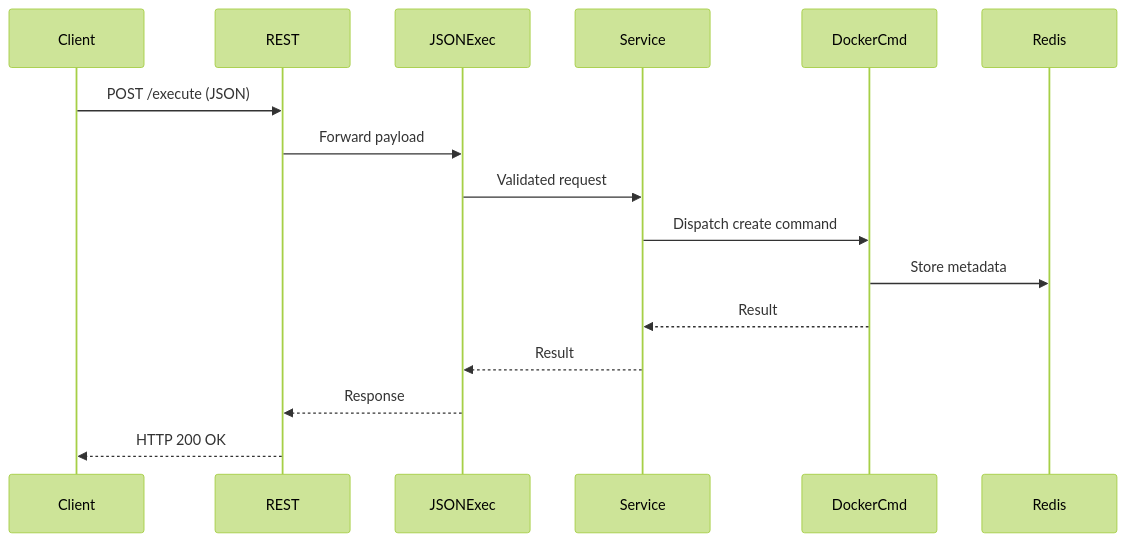
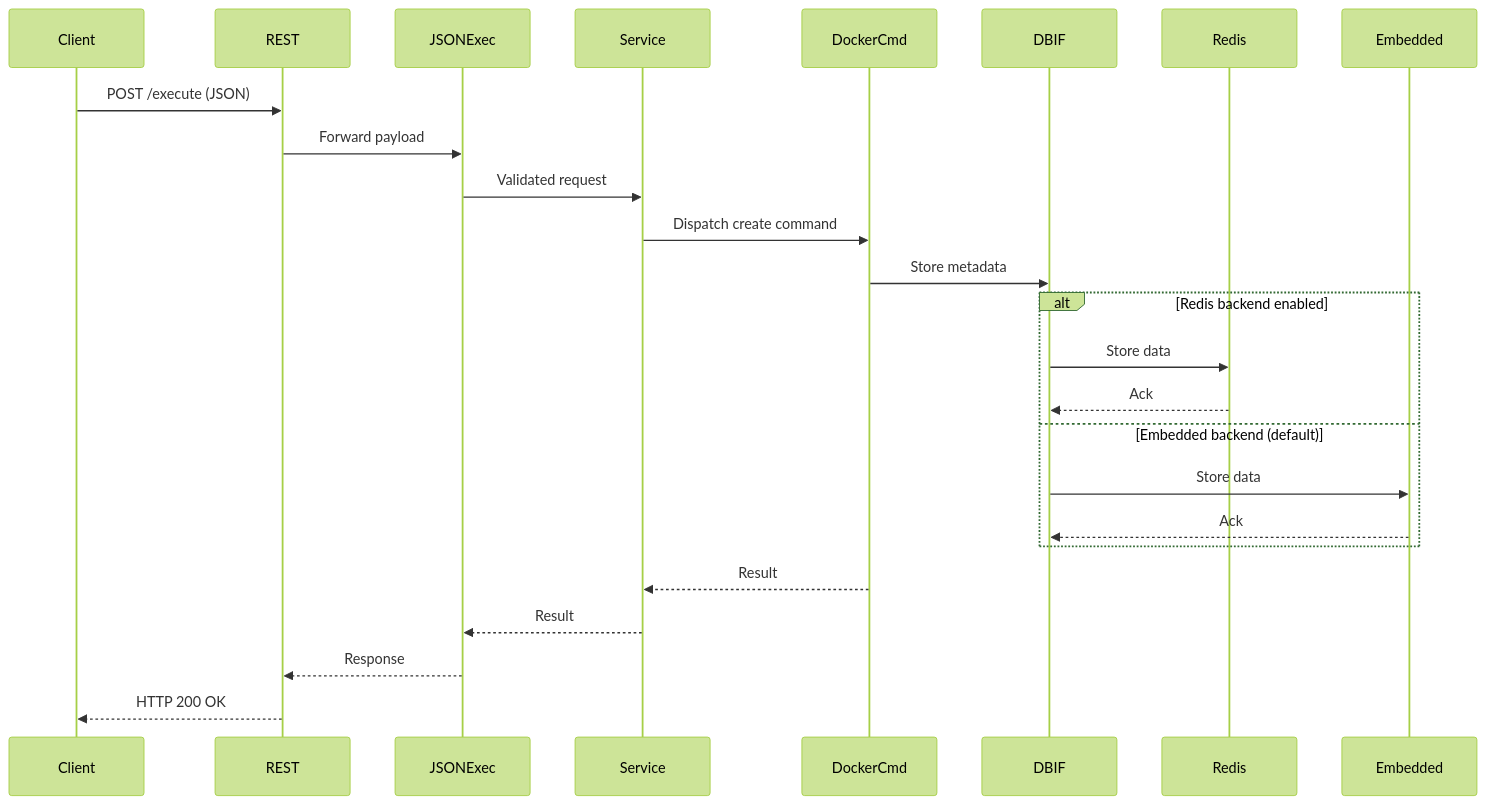
Before and after one commit to Komal-kalyanraman/container_manager: the fifth of 6 diagrams in docs/architecture/architecture_diagram.md, drawn with Mermaid (forest theme). The commit also changed other lines of this file and 283 other files, not shown here.

````diff
--- a/docs/architecture/architecture_diagram.md
+++ b/docs/architecture/architecture_diagram.md
@@ -161,19 +165,28 @@
 ```mermaid
 sequenceDiagram
     participant Client
     participant REST
     participant JSONExec
     participant Service
     participant DockerCmd
+    participant DBIF
     participant Redis
+    participant Embedded
 
     Client->>REST: POST /execute (JSON)
     REST->>JSONExec: Forward payload
     JSONExec->>Service: Validated request
     Service->>DockerCmd: Dispatch create command
-    DockerCmd->>Redis: Store metadata
+    DockerCmd->>DBIF: Store metadata
+    alt Redis backend enabled
+        DBIF->>Redis: Store data
+        Redis-->>DBIF: Ack
+    else Embedded backend (default)
+        DBIF->>Embedded: Store data
+        Embedded-->>DBIF: Ack
+    end
     DockerCmd-->>Service: Result
     Service-->>JSONExec: Result
     JSONExec-->>REST: Response
     REST-->>Client: HTTP 200 OK
 ```
````
